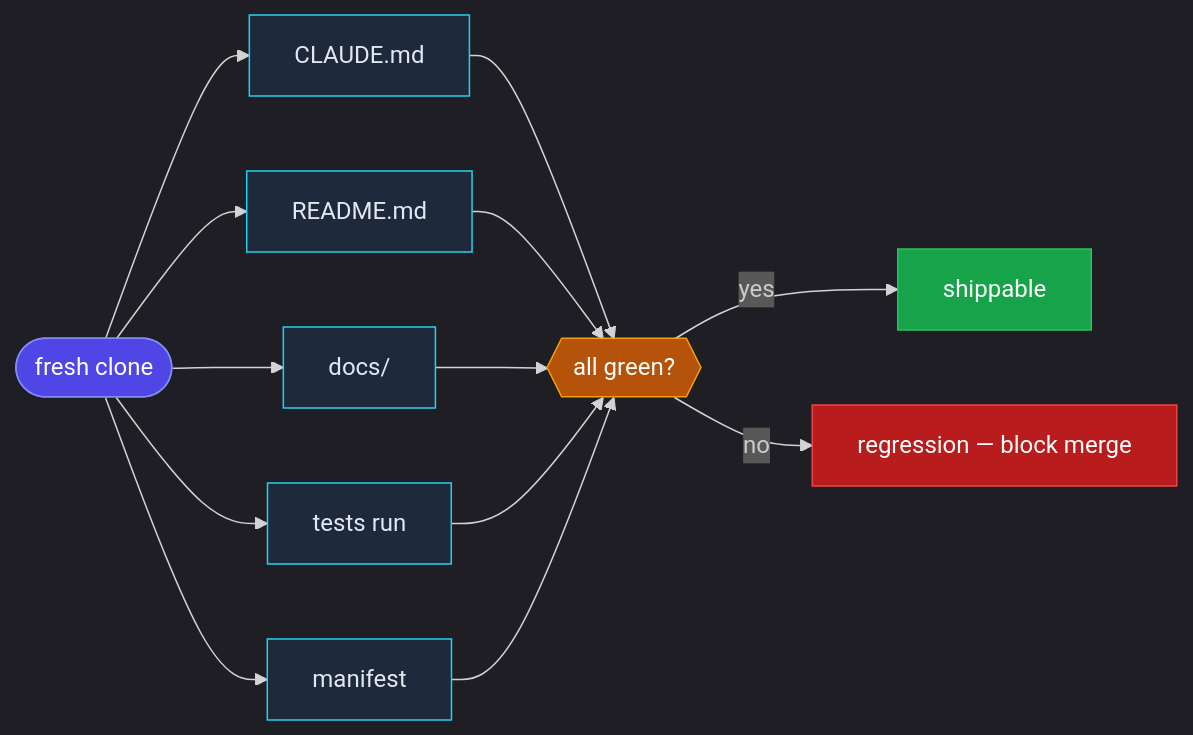
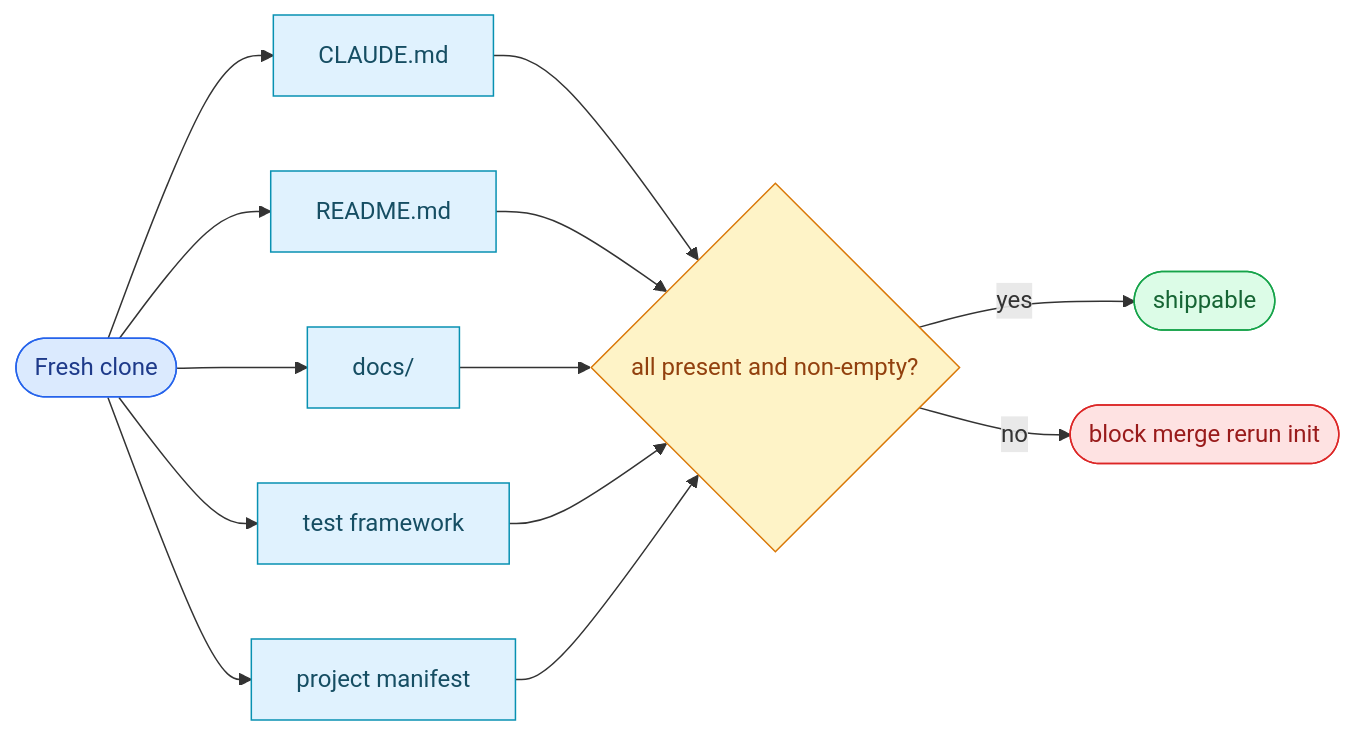
The diagram in .claude/docs/test/scene-1-post-init-full-self-check/index.md (effiy/YrY), drawn with Mermaid before and after one commit. The commit also changed other lines of this file and 32 other files, not shown here.

First line of the commit message:
docs: standardize mermaid diagrams and add summaries

````diff
--- a/.claude/docs/test/scene-1-post-init-full-self-check/index.md
+++ b/.claude/docs/test/scene-1-post-init-full-self-check/index.md
@@ -20,32 +10,21 @@
 ```mermaid
-%%{init: {'theme':'dark','flowchart':{'htmlLabels':true}}}%%
 flowchart LR
-  A([fresh clone]):::start
-  B[CLAUDE.md]:::artifact
-  C[README.md]:::artifact
-  D[docs/]:::artifact
-  E[tests run]:::artifact
-  M[manifest]:::artifact
-  F{{all green?}}:::decision
-  G[shippable]:::pass
-  H[regression — block merge]:::fail
+  clone([Fresh clone]):::entry --> claude[CLAUDE.md]:::artifact
+  clone --> readme[README.md]:::artifact
+  clone --> docs[docs/]:::artifact
+  clone --> tests[test framework]:::artifact
+  clone --> manifest[project manifest]:::artifact
+  claude --> gate{all present and non-empty?}:::decision
+  readme --> gate
+  docs --> gate
+  tests --> gate
+  manifest --> gate
+  gate -->|yes| pass([shippable]):::done
+  gate -->|no| fail([block merge rerun init]):::risk
 
-  A --> B
-  A --> C
-  A --> D
-  A --> E
-  A --> M
-  B --> F
-  C --> F
-  D --> F
-  E --> F
-  M --> F
-  F -- yes --> G
-  F -- no --> H
-
-  classDef start fill:#4f46e5,stroke:#818cf8,color:#fff
-  classDef artifact fill:#1e293b,stroke:#22d3ee,color:#e2e8f0
-  classDef decision fill:#b45309,stroke:#f59e0b,color:#fff
-  classDef pass fill:#16a34a,stroke:#22c55e,color:#fff
-  classDef fail fill:#b91c1c,stroke:#ef4444,color:#fff
+  classDef entry fill:#dbeafe,stroke:#2563eb,color:#1e3a8a
+  classDef artifact fill:#e0f2fe,stroke:#0891b2,color:#164e63
+  classDef decision fill:#fef3c7,stroke:#d97706,color:#92400e
+  classDef done fill:#dcfce7,stroke:#16a34a,color:#166534
+  classDef risk fill:#fee2e2,stroke:#dc2626,color:#991b1b
 ```
````
